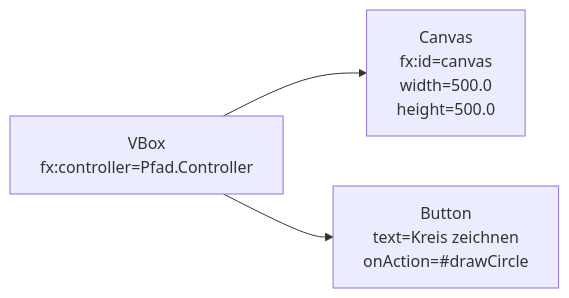
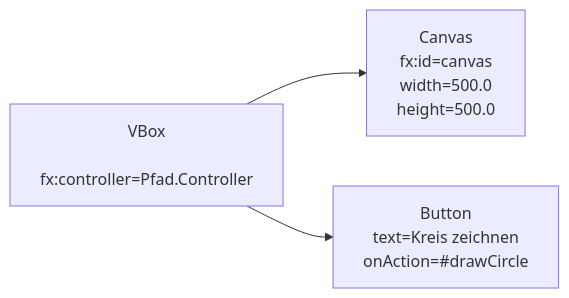
The second of 2 diagrams in docs/exercises/javafx/javafx01.md (jappuccini/java-docs), drawn with Mermaid before and after one commit. The commit also changed 64 other files, not shown here.

````diff
--- a/docs/exercises/javafx/javafx01.md
+++ b/docs/exercises/javafx/javafx01.md
@@ -31,9 +31,15 @@
 ```mermaid
 flowchart LR
-	vbox[VBox\nfx:controller=Pfad.Controller]
-	canvas[Canvas\nfx:id=canvas\nwidth=500.0\nheight=500.0]
-	button[Button\ntext=Kreis zeichnen\nonAction=#drawCircle]
+	vbox[VBox
+	     fx:controller=Pfad.Controller]
+	canvas[Canvas
+	       fx:id=canvas
+	       width=500.0
+	       height=500.0]
+	button[Button
+	       text=Kreis zeichnen
+	       onAction=#drawCircle]
 
     vbox --> canvas
     vbox --> button
 ```
````
